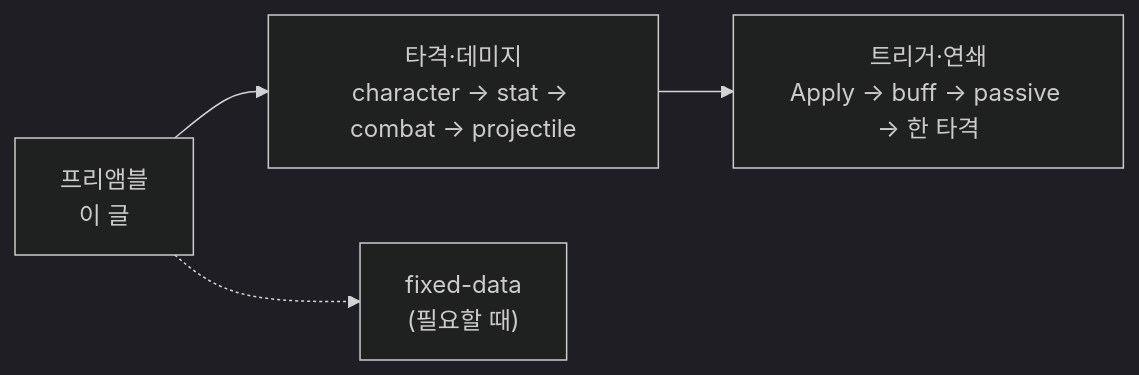
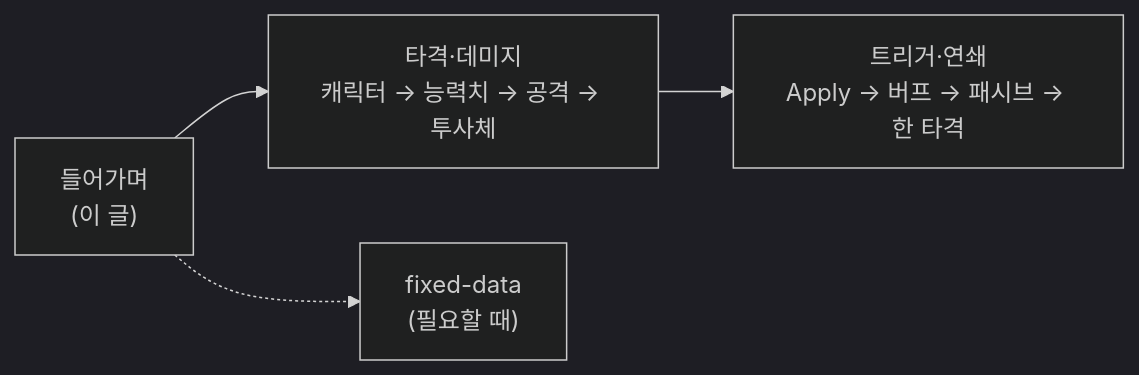
Before and after one commit to monet5379/monet5379.github.io: the diagram in notes/dragon-combat-cluster-read.md, drawn with Mermaid (dark theme). The commit also changed other lines of this file and 23 other files, not shown here.

````diff
--- a/notes/dragon-combat-cluster-read.md
+++ b/notes/dragon-combat-cluster-read.md
@@ -41,10 +41,10 @@
 ```mermaid
 flowchart LR
-  P["프리앰블<br/>이 글"]
-  S1["타격·데미지<br/>character → stat → combat → projectile"]
-  S2["트리거·연쇄<br/>Apply → buff → passive → 한 타격"]
+  P["들어가며<br/>(이 글)"]
+  S1["타격·데미지<br/>캐릭터 → 능력치 → 공격 → 투사체"]
+  S2["트리거·연쇄<br/>Apply → 버프 → 패시브 → 한 타격"]
   P --> S1
   S1 --> S2
   FD["fixed-data<br/>(필요할 때)"]
   P -.-> FD
 ```
````
